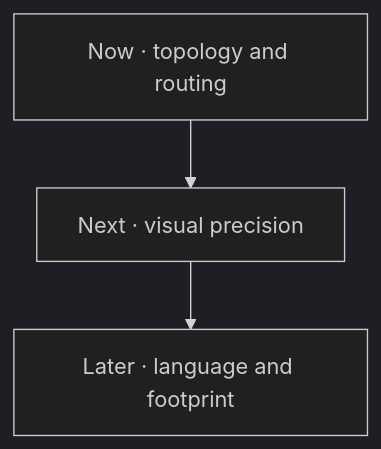
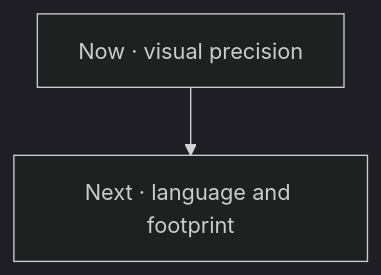
The diagram in ROADMAP.md (schemd/core), drawn with Mermaid (dark theme) before and after one commit. The commit also changed other lines of this file and 19 other files, not shown here.

````diff
--- a/ROADMAP.md
+++ b/ROADMAP.md
@@ -5,4 +5,4 @@
 ```mermaid
 flowchart TD
-    now["Now · topology and routing"] --> next["Next · visual precision"] --> later["Later · language and footprint"]
+    now["Now · visual precision"] --> next["Next · language and footprint"]
 ```
````
